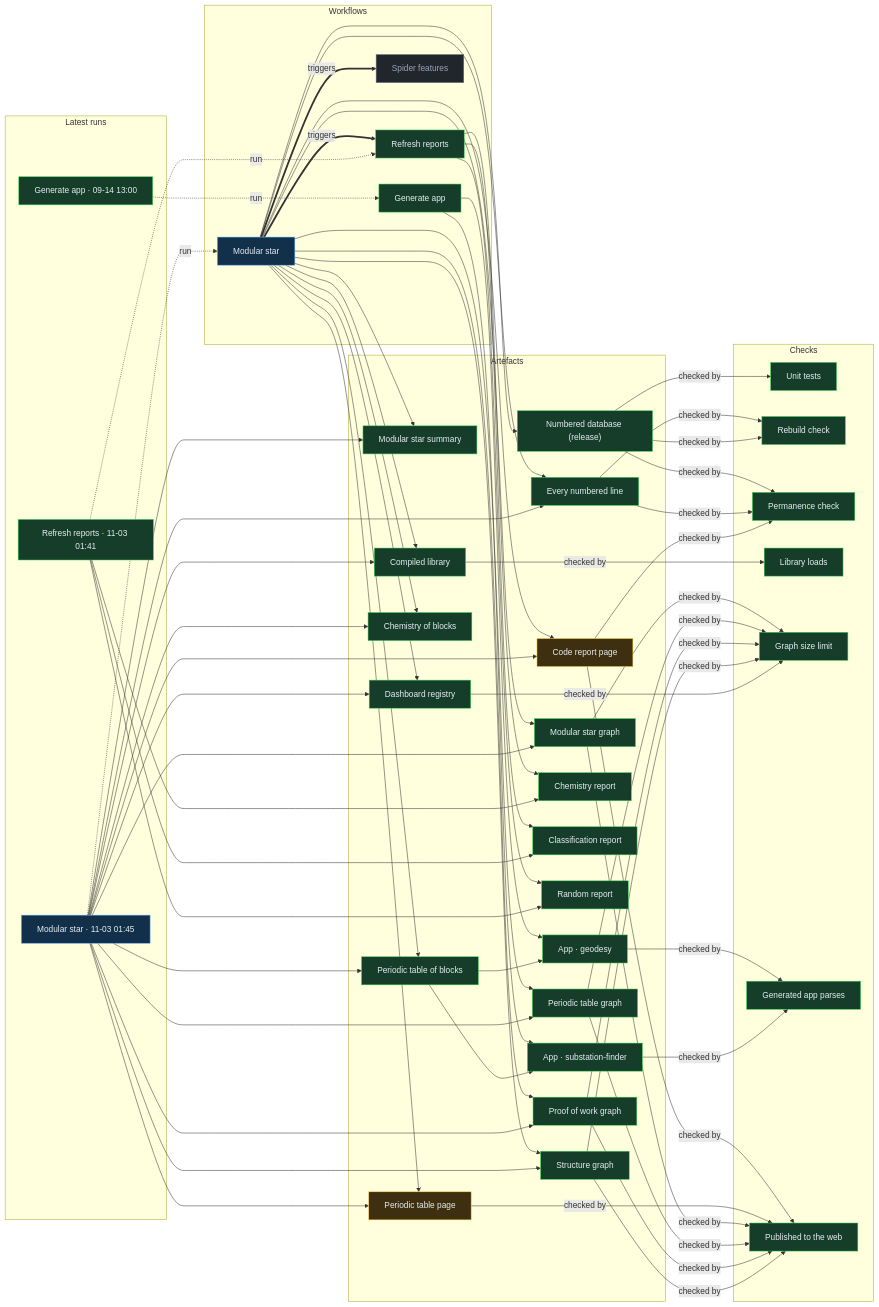
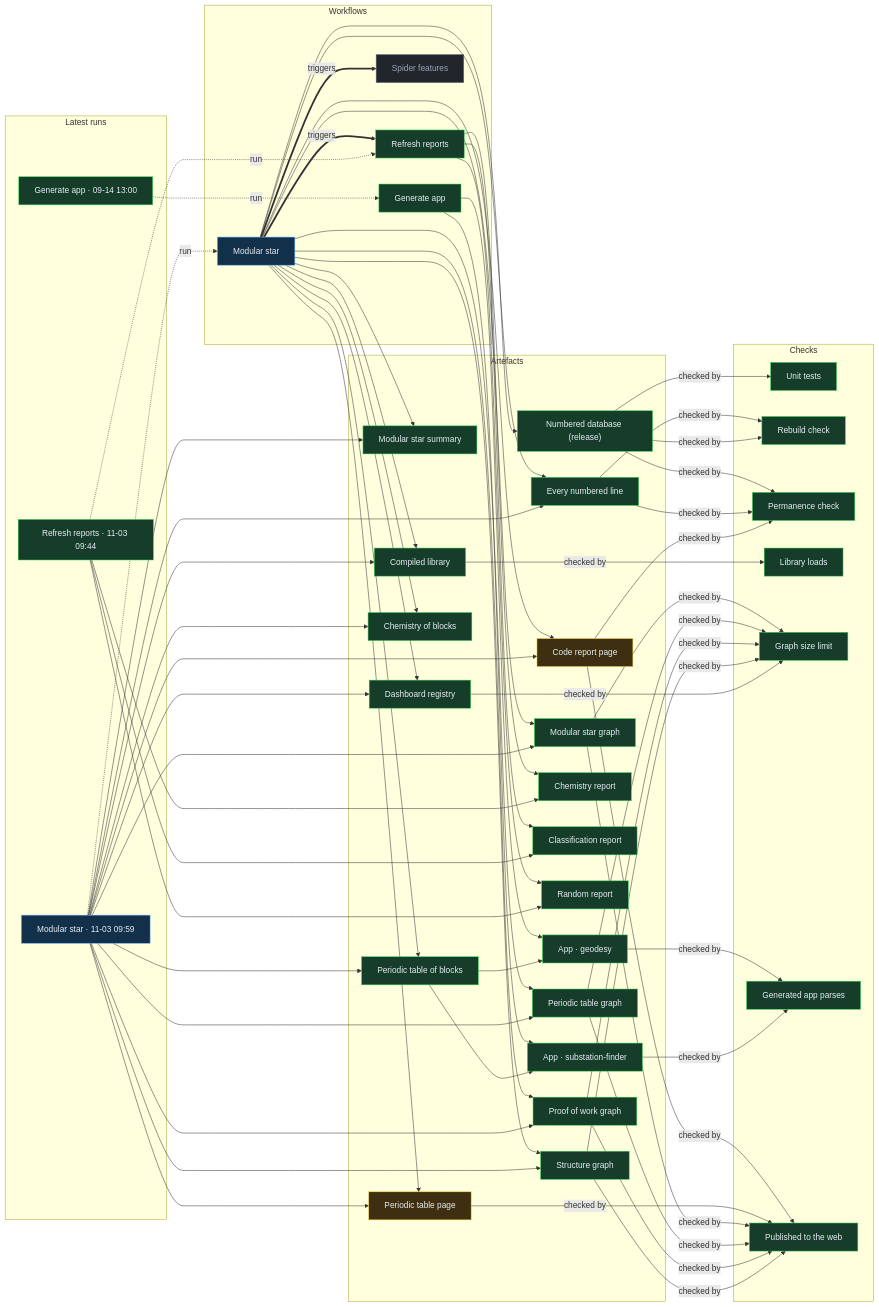
Before and after one commit to Ventusltd/stars: the diagram in proof/PROOF.md, drawn with Mermaid. The commit also changed other lines of this file and 51 other files, not shown here.

Commit message:
Modular star 2026-11-03T10:02Z

```diff
--- a/proof/PROOF.md
+++ b/proof/PROOF.md
@@ -24,8 +24,8 @@
   n_wf_spider_features["Spider features"]:::off
   end
   subgraph g_runs["Latest runs"]
-  n_run_41561799394["Modular star · 11-03 01:45"]:::live
-  n_run_41561344810["Refresh reports · 11-03 01:41"]:::ok
+  n_run_41615508182["Modular star · 11-03 09:59"]:::live
+  n_run_41613501761["Refresh reports · 11-03 09:44"]:::ok
   n_run_34846587798["Generate app · 09-14 13:00"]:::ok
   end
   subgraph g_artefacts["Artefacts"]
@@ -59,39 +59,39 @@
   end
   n_wf_modular_star == triggers ==> n_wf_refresh
   n_wf_modular_star == triggers ==> n_wf_spider_features
-  n_run_41561799394 -. run .-> n_wf_modular_star
-  n_run_41561344810 -. run .-> n_wf_refresh
+  n_run_41615508182 -. run .-> n_wf_modular_star
+  n_run_41613501761 -. run .-> n_wf_refresh
   n_run_34846587798 -. run .-> n_wf_generate
   n_wf_modular_star --> n_art_summary
-  n_run_41561799394 --> n_art_summary
+  n_run_41615508182 --> n_art_summary
   n_wf_modular_star --> n_art_lines
-  n_run_41561799394 --> n_art_lines
+  n_run_41615508182 --> n_art_lines
   n_wf_modular_star --> n_art_code
-  n_run_41561799394 --> n_art_code
+  n_run_41615508182 --> n_art_code
   n_wf_modular_star --> n_art_modular_graph
-  n_run_41561799394 --> n_art_modular_graph
+  n_run_41615508182 --> n_art_modular_graph
   n_wf_modular_star --> n_art_blocks
-  n_run_41561799394 --> n_art_blocks
+  n_run_41615508182 --> n_art_blocks
   n_wf_modular_star --> n_art_table
-  n_run_41561799394 --> n_art_table
+  n_run_41615508182 --> n_art_table
   n_wf_modular_star --> n_art_blocks_graph
-  n_run_41561799394 --> n_art_blocks_graph
+  n_run_41615508182 --> n_art_blocks_graph
   n_wf_modular_star --> n_art_reactions
-  n_run_41561799394 --> n_art_reactions
+  n_run_41615508182 --> n_art_reactions
   n_wf_modular_star --> n_art_library
-  n_run_41561799394 --> n_art_library
+  n_run_41615508182 --> n_art_library
   n_wf_modular_star --> n_art_features
-  n_run_41561799394 --> n_art_features
+  n_run_41615508182 --> n_art_features
   n_wf_modular_star --> n_art_proof
-  n_run_41561799394 --> n_art_proof
+  n_run_41615508182 --> n_art_proof
   n_wf_modular_star --> n_art_structure
-  n_run_41561799394 --> n_art_structure
+  n_run_41615508182 --> n_art_structure
   n_wf_refresh --> n_art_chemistry
-  n_run_41561344810 --> n_art_chemistry
+  n_run_41613501761 --> n_art_chemistry
   n_wf_refresh --> n_art_vedic
-  n_run_41561344810 --> n_art_vedic
+  n_run_41613501761 --> n_art_vedic
   n_wf_refresh --> n_art_random
-  n_run_41561344810 --> n_art_random
+  n_run_41613501761 --> n_art_random
   n_wf_modular_star --> n_art_release
   n_wf_generate --> n_app_geodesy
   n_art_blocks --> n_app_geodesy
```
